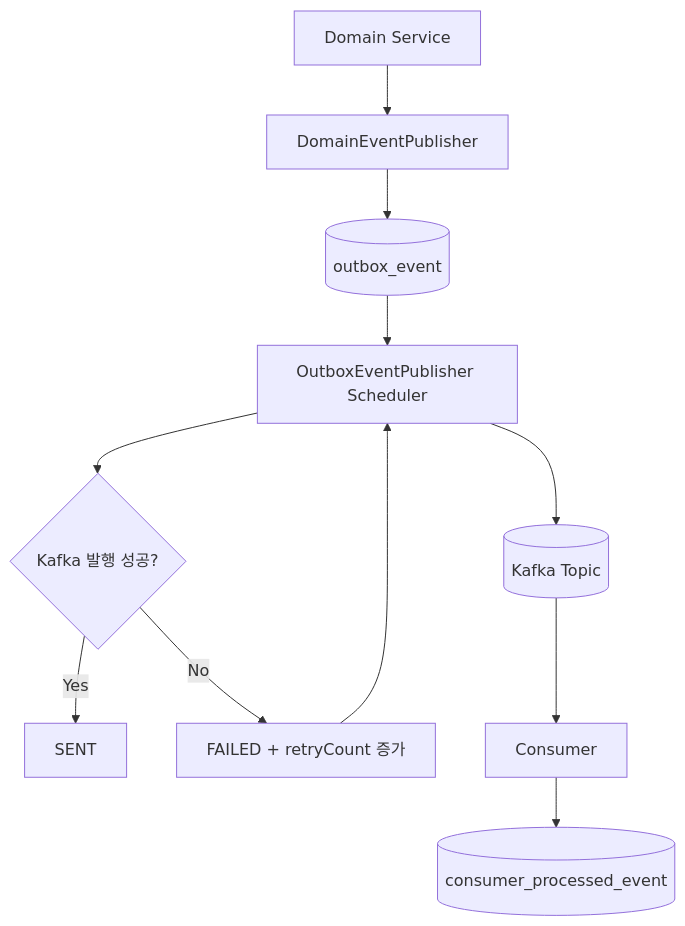
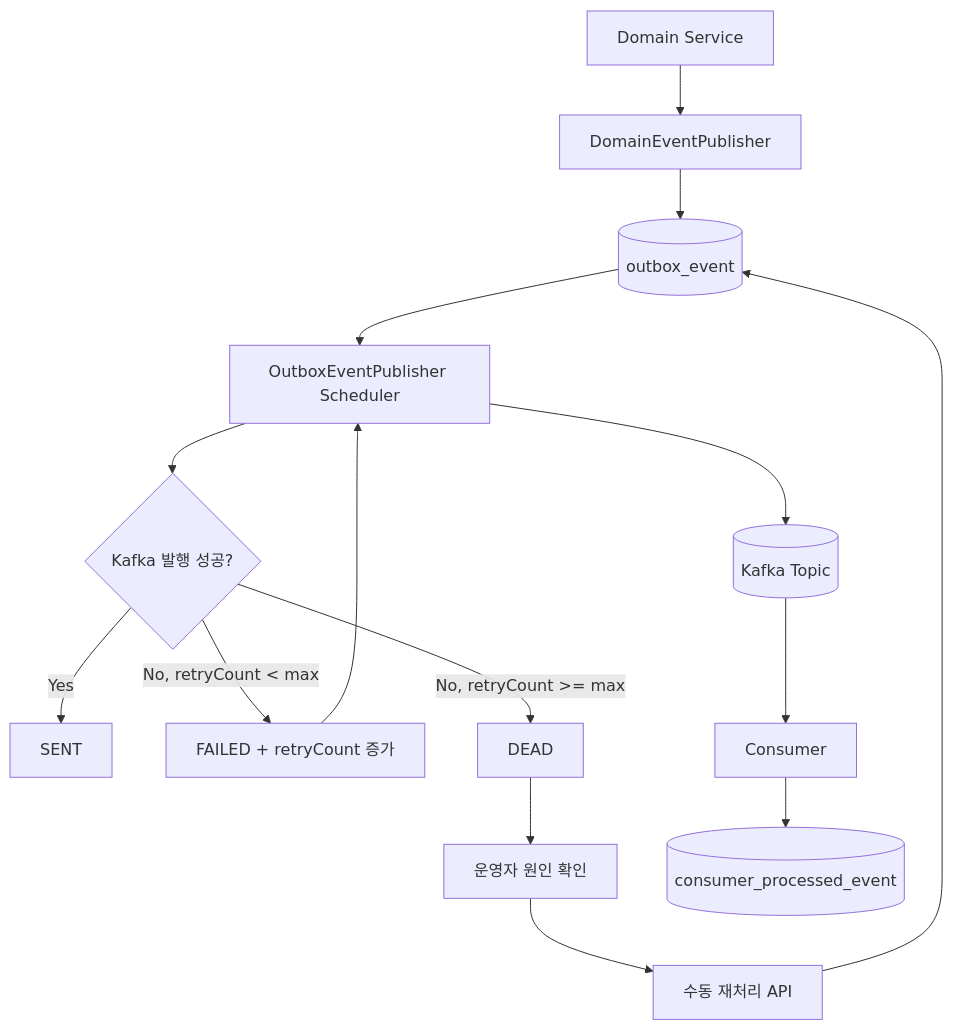
Before and after one commit to shihaim/digital-asset-risk-platform: the diagram in docs/diagrams/outbox-kafka-flow.md, drawn with Mermaid. The commit also changed other lines of this file and 45 other files, not shown here.

First line of the commit message:
feat: Outbox 운영 API 및 수동 재처리 기능 추가

````diff
--- a/docs/diagrams/outbox-kafka-flow.md
+++ b/docs/diagrams/outbox-kafka-flow.md
@@ -3,13 +3,17 @@
 ```mermaid
 flowchart TD
     A[Domain Service] --> B[DomainEventPublisher]
     B --> C[(outbox_event)]
     C --> D[OutboxEventPublisher Scheduler]
     D --> E{Kafka 발행 성공?}
     E -->|Yes| F[SENT]
-    E -->|No| G[FAILED + retryCount 증가]
+    E -->|No, retryCount < max| G[FAILED + retryCount 증가]
+    E -->|No, retryCount >= max| K[DEAD]
     G --> D
+    K --> L[운영자 원인 확인]
+    L --> M[수동 재처리 API]
+    M --> C
     D --> H[(Kafka Topic)]
     H --> I[Consumer]
     I --> J[(consumer_processed_event)]
 ```
````
